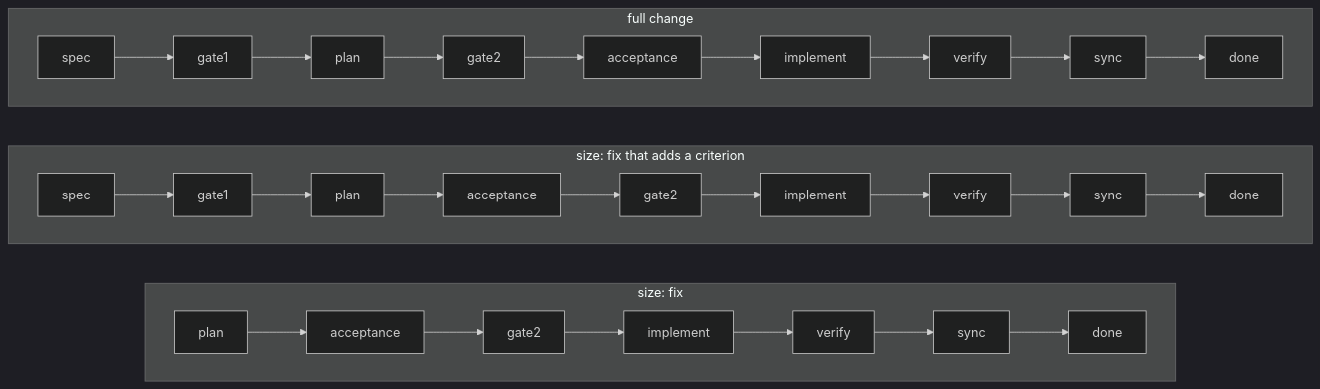
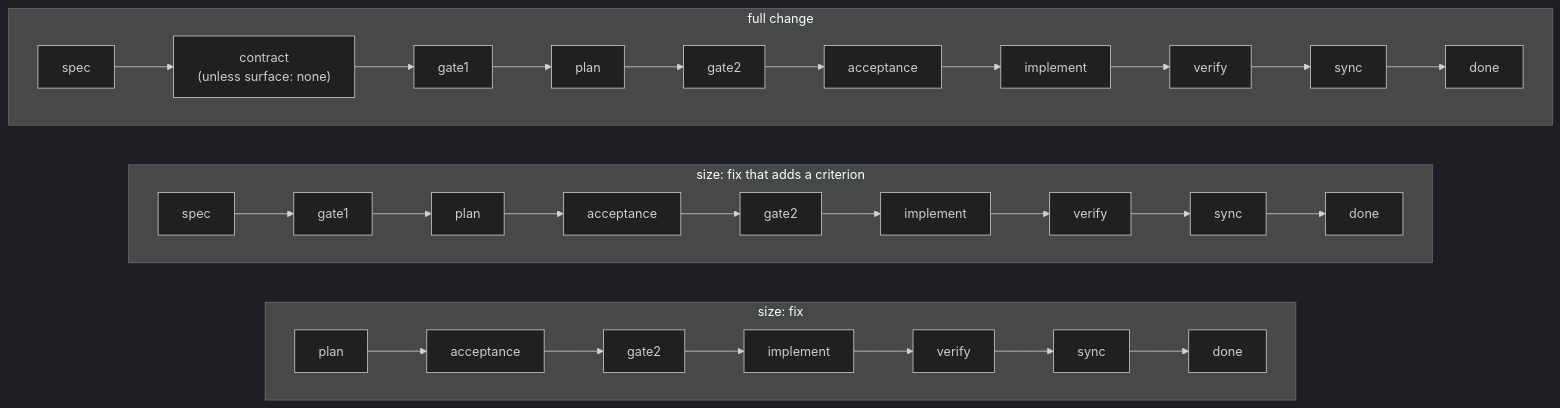
One commit to gpr/claude-plugins changed the second of 4 diagrams in plugins/meta/sdd/docs/reference/phases-and-states.md. Above: the diagram before and after it, drawn with Mermaid (dark theme). The commit also changed other lines of this file and 37 other files, not shown here.

Commit message:
feat(sdd): contract step with TypeSpec API, CLI synopsis and UI mockup (#30)

````diff
--- a/plugins/meta/sdd/docs/reference/phases-and-states.md
+++ b/plugins/meta/sdd/docs/reference/phases-and-states.md
@@ -68,15 +69,15 @@
 ```mermaid
 flowchart LR
     subgraph fix ["size: fix"]
         direction LR
         b3[plan] --> b5[acceptance] --> b4[gate2] --> b6[implement] --> b7[verify] --> b8[sync] --> b9[done]
     end
     subgraph fixc ["size: fix that adds a criterion"]
         direction LR
         d1[spec] --> d2[gate1] --> d3[plan] --> d5[acceptance] --> d4[gate2] --> d6[implement] --> d7[verify] --> d8[sync] --> d9[done]
     end
     subgraph full ["full change"]
         direction LR
-        a1[spec] --> a2[gate1] --> a3[plan] --> a4[gate2] --> a5[acceptance] --> a6[implement] --> a7[verify] --> a8[sync] --> a9[done]
+        a1[spec] --> a0["contract<br/>(unless surface: none)"] --> a2[gate1] --> a3[plan] --> a4[gate2] --> a5[acceptance] --> a6[implement] --> a7[verify] --> a8[sync] --> a9[done]
     end
 ```
````
